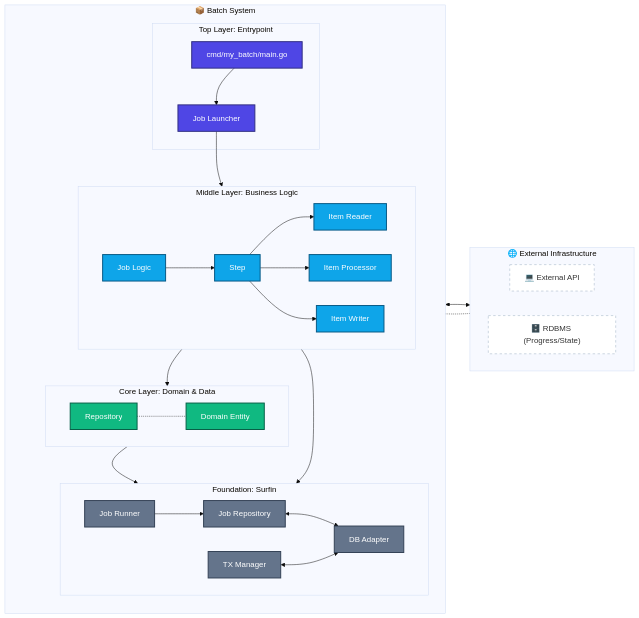
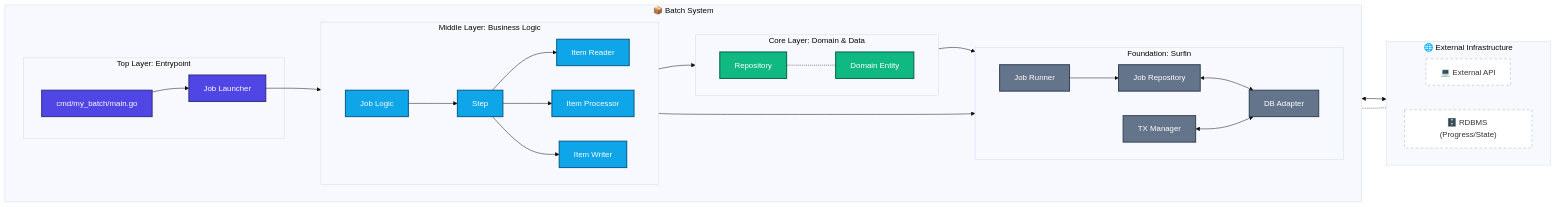
The diagram in README.ja.md (tigerroll/surfin), drawn with Mermaid (base theme) before and after one commit. The commit also changed other lines of this file and 1 other file, not shown here.

Commit message:
docs: add mascot and diagram fix.

````diff
--- a/README.ja.md
+++ b/README.ja.md
@@ -224,75 +224,75 @@
 ```mermaid
 graph LR
     %% スタイル定義
     classDef entry fill:#4f46e5,color:#fff,stroke:#312e81,stroke-width:2px
     classDef logic fill:#0ea5e9,color:#fff,stroke:#075985,stroke-width:2px
     classDef core fill:#64748b,color:#fff,stroke:#334155,stroke-width:2px
     classDef domain fill:#10b981,color:#fff,stroke:#065f46,stroke-width:2px
     classDef cloud fill:#fff,stroke:#cbd5e1,stroke-width:2px,stroke-dasharray: 5 5
 
     %% 外部境界
     subgraph External ["&nbsp; 🌐 External Infrastructure &nbsp;"]
         direction LR
         HTTP["💻&nbsp;External API"]:::cloud
         RDB["🗄️&nbsp;RDBMS (Progress/State)"]:::cloud
     end
 
     %% アプリケーション本体
     subgraph Application ["&nbsp; 📦 Batch System &nbsp;"]
-        direction TB
+        direction LR
 
         subgraph Layer_Entry ["Top Layer: Entrypoint"]
             Main["cmd/my_batch/main.go"]:::entry
             Launcher["Job Launcher"]:::entry
         end
 
         subgraph Layer_Logic ["Middle Layer: Business Logic"]
             direction LR
             Job["Job Logic"]:::logic
             Step["Step"]:::logic
             Reader["Item Reader"]:::logic
             Processor["Item Processor"]:::logic
             Writer["Item Writer"]:::logic
         end
 
         subgraph Layer_Core ["Foundation: Surfin"]
             direction LR
             Runner["Job Runner"]:::core
             Repository["Job Repository"]:::core
             TX["TX Manager"]:::core
             DB_Adapter["DB Adapter"]:::core
         end
 
         subgraph Layer_Domain ["Core Layer: Domain & Data"]
             direction LR
             Repo["Repository"]:::domain
             Entity["Domain Entity"]:::domain
         end
     end
 
     %% 接続関係・実行フロー
     Main --> Launcher
     Launcher --> Job
     Job --> Step
     Step --> Reader
     Step --> Processor
     Step --> Writer
 
     %% フレームワーク・永続化連携
     Job --> Runner
     Runner --> Repository
     Repository <--> DB_Adapter
     DB_Adapter <--> RDB
 
     %% 依存関係
     Writer --> Repo
     Repo --> TX
     TX <--> DB_Adapter
     Repo -.- Entity
     Reader -.- HTTP
 
     %% レイアウト制御
     Layer_Entry ~~~ Layer_Logic
     Layer_Logic ~~~ Layer_Core
     Layer_Core ~~~ Layer_Domain
 ```
````
